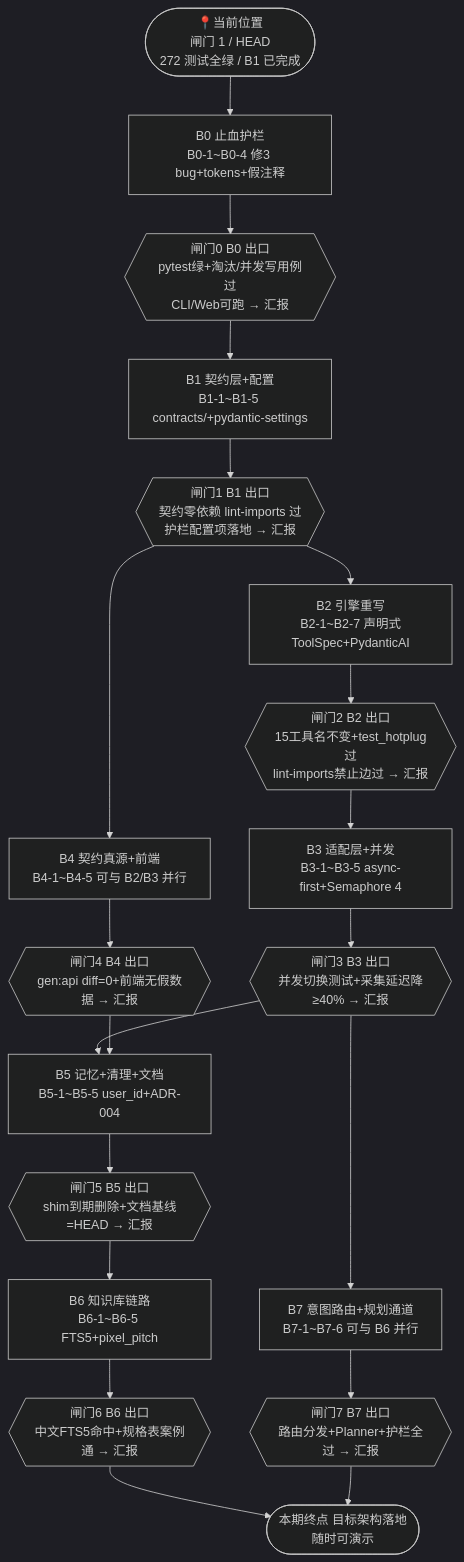
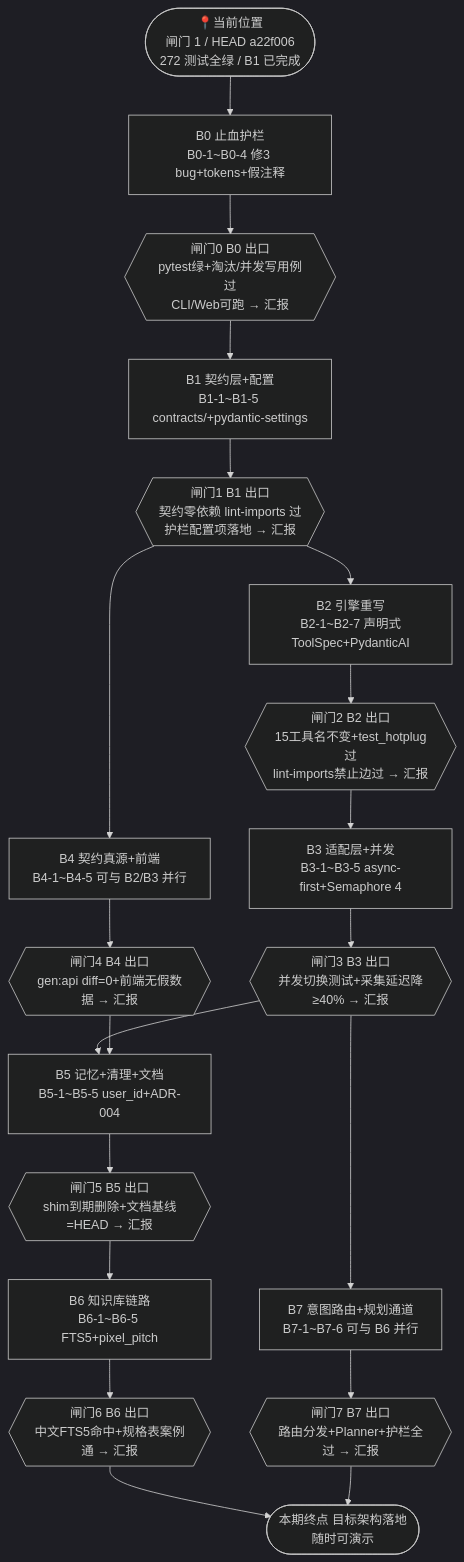
The diagram in docs/codex-longterm-goal.md (North-Q/LightTrail), drawn with Mermaid (dark theme) before and after one commit. The commit also changed other lines of this file, not shown here.

Commit message:
docs: B1 收口 commit hash 回填（a22f006）

````diff
--- a/docs/codex-longterm-goal.md
+++ b/docs/codex-longterm-goal.md
@@ -24,23 +24,23 @@
 ```mermaid
 graph TD
-    S([📍当前位置<br/>闸门 1 / HEAD <B1 收口提交><br/>272 测试全绿 / B1 已完成]) --> B0
+    S([📍当前位置<br/>闸门 1 / HEAD a22f006<br/>272 测试全绿 / B1 已完成]) --> B0
 
     B0[B0 止血护栏<br/>B0-1~B0-4 修3 bug+tokens+假注释] --> G0{{闸门0 B0 出口<br/>pytest绿+淘汰/并发写用例过<br/>CLI/Web可跑 → 汇报}}
     G0 --> B1[B1 契约层+配置<br/>B1-1~B1-5 contracts/+pydantic-settings]
     B1 --> G1{{闸门1 B1 出口<br/>契约零依赖 lint-imports 过<br/>护栏配置项落地 → 汇报}}
     G1 --> B2[B2 引擎重写<br/>B2-1~B2-7 声明式ToolSpec+PydanticAI]
     G1 --> B4[B4 契约真源+前端<br/>B4-1~B4-5 可与 B2/B3 并行]
     B2 --> G2{{闸门2 B2 出口<br/>15工具名不变+test_hotplug过<br/>lint-imports禁止边过 → 汇报}}
     G2 --> B3[B3 适配层+并发<br/>B3-1~B3-5 async-first+Semaphore 4]
     B4 --> G4{{闸门4 B4 出口<br/>gen:api diff=0+前端无假数据 → 汇报}}
     B3 --> G3{{闸门3 B3 出口<br/>并发切换测试+采集延迟降≥40% → 汇报}}
     G3 --> B5[B5 记忆+清理+文档<br/>B5-1~B5-5 user_id+ADR-004]
     G4 --> B5
     B5 --> G5{{闸门5 B5 出口<br/>shim到期删除+文档基线=HEAD → 汇报}}
     G5 --> B6[B6 知识库链路<br/>B6-1~B6-5 FTS5+pixel_pitch]
     G3 --> B7[B7 意图路由+规划通道<br/>B7-1~B7-6 可与 B6 并行]
     B6 --> G6{{闸门6 B6 出口<br/>中文FTS5命中+规格表案例通 → 汇报}}
     B7 --> G7{{闸门7 B7 出口<br/>路由分发+Planner+护栏全过 → 汇报}}
     G6 --> Z([本期终点 目标架构落地<br/>随时可演示])
     G7 --> Z
 ```
````
